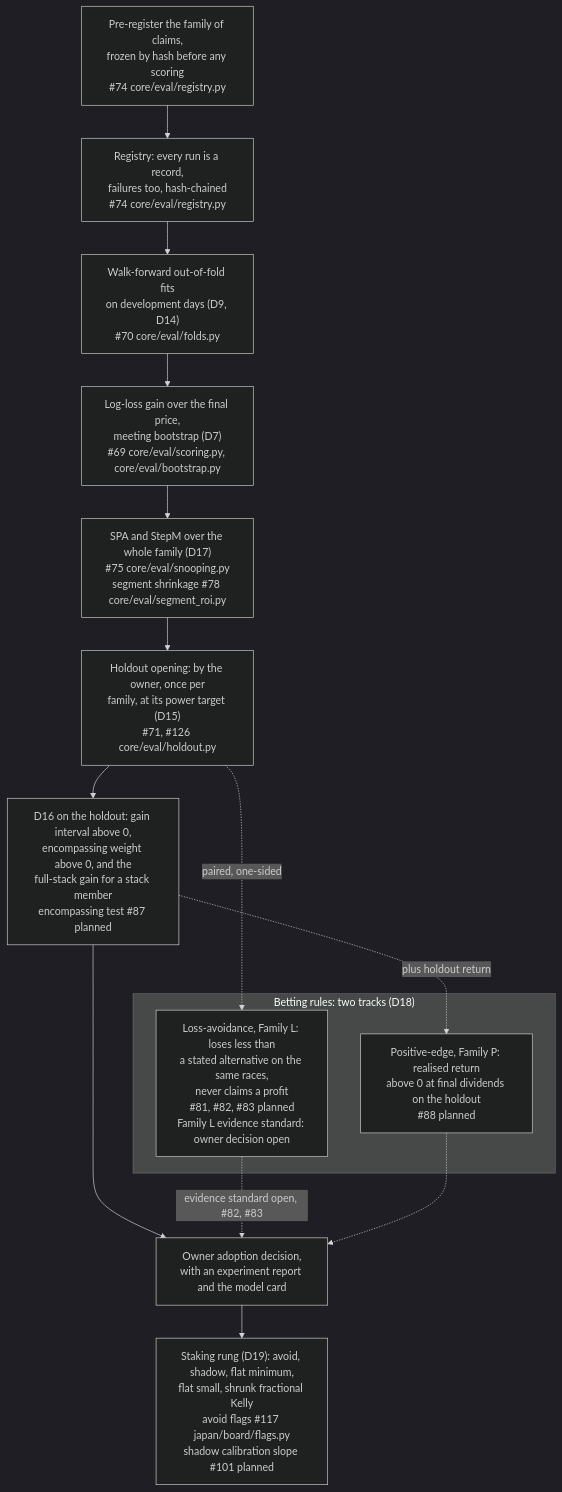
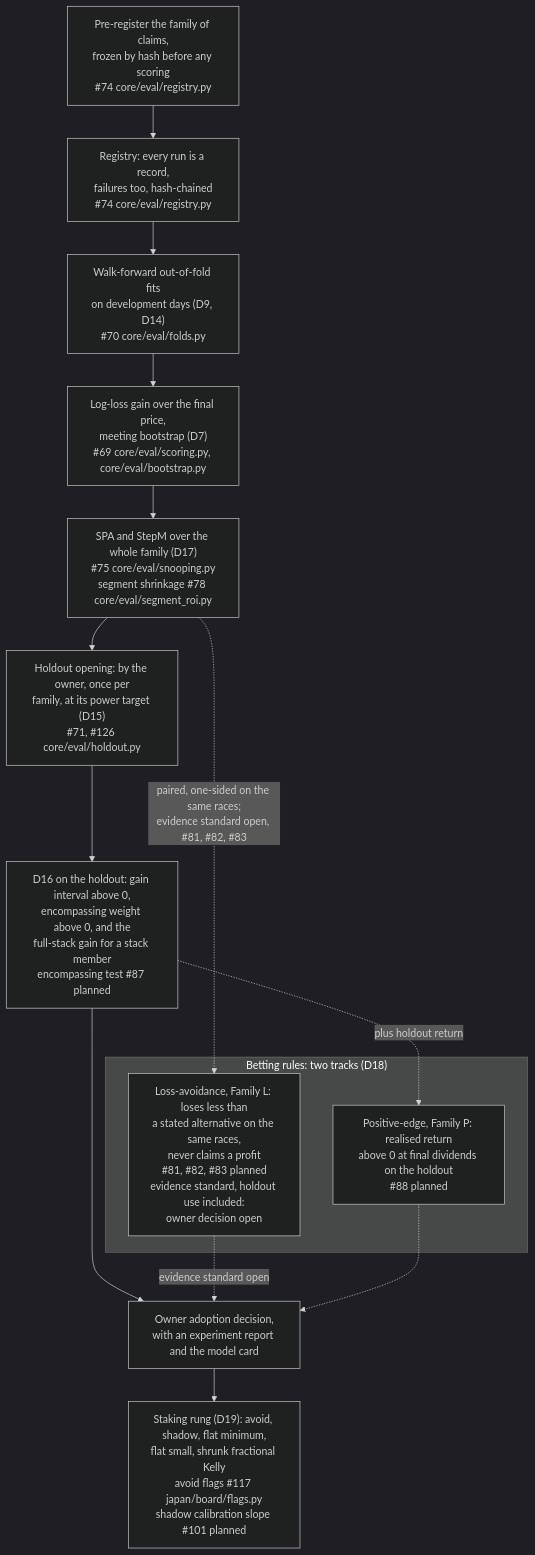
Before and after one commit to rjeskuri/HorseTrackBetting: the fifth of 6 diagrams in docs/modeling.md, drawn with Mermaid (dark theme). The commit also changed other lines of this file, not shown here.

First line of the commit message:
Keep Family L off the holdout path in diagram 5 (#299)

````diff
--- a/docs/modeling.md
+++ b/docs/modeling.md
@@ -209,28 +209,28 @@
 ```mermaid
 flowchart TD
     PRE["Pre-register the family of claims,<br/>frozen by hash before any scoring<br/>#74 core/eval/registry.py"]
     REG["Registry: every run is a record,<br/>failures too, hash-chained<br/>#74 core/eval/registry.py"]
     OOF["Walk-forward out-of-fold fits<br/>on development days (D9, D14)<br/>#70 core/eval/folds.py"]
     BOOT["Log-loss gain over the final price,<br/>meeting bootstrap (D7)<br/>#69 core/eval/scoring.py, core/eval/bootstrap.py"]
     SNOOP["SPA and StepM over the whole family (D17)<br/>#75 core/eval/snooping.py<br/>segment shrinkage #78 core/eval/segment_roi.py"]
     HOLD["Holdout opening: by the owner, once per<br/>family, at its power target (D15)<br/>#71, #126 core/eval/holdout.py"]
     D16["D16 on the holdout: gain interval above 0,<br/>encompassing weight above 0, and the<br/>full-stack gain for a stack member<br/>encompassing test #87 planned"]
     subgraph TRACKS["Betting rules: two tracks (D18)"]
-        LA["Loss-avoidance, Family L: loses less than<br/>a stated alternative on the same races,<br/>never claims a profit<br/>#81, #82, #83 planned<br/>Family L evidence standard: owner decision open"]
+        LA["Loss-avoidance, Family L: loses less than<br/>a stated alternative on the same races,<br/>never claims a profit<br/>#81, #82, #83 planned<br/>evidence standard, holdout use included:<br/>owner decision open"]
         PE["Positive-edge, Family P: realised return<br/>above 0 at final dividends on the holdout<br/>#88 planned"]
     end
     OWN["Owner adoption decision,<br/>with an experiment report and the model card"]
     RUNG["Staking rung (D19): avoid, shadow, flat minimum,<br/>flat small, shrunk fractional Kelly<br/>avoid flags #117 japan/board/flags.py<br/>shadow calibration slope #101 planned"]
     PRE --> REG
     REG --> OOF
     OOF --> BOOT
     BOOT --> SNOOP
     SNOOP --> HOLD
+    SNOOP -.->|"paired, one-sided on the same races;<br/>evidence standard open, #81, #82, #83"| LA
     HOLD --> D16
-    HOLD -.->|"paired, one-sided"| LA
     D16 -.->|"plus holdout return"| PE
     D16 --> OWN
-    LA -.->|"evidence standard open, #82, #83"| OWN
+    LA -.->|"evidence standard open"| OWN
     PE -.-> OWN
     OWN --> RUNG
 ```
````
